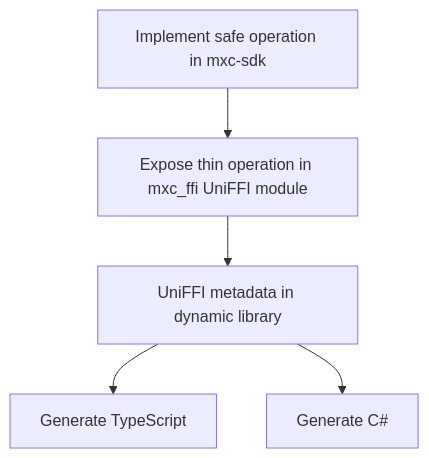
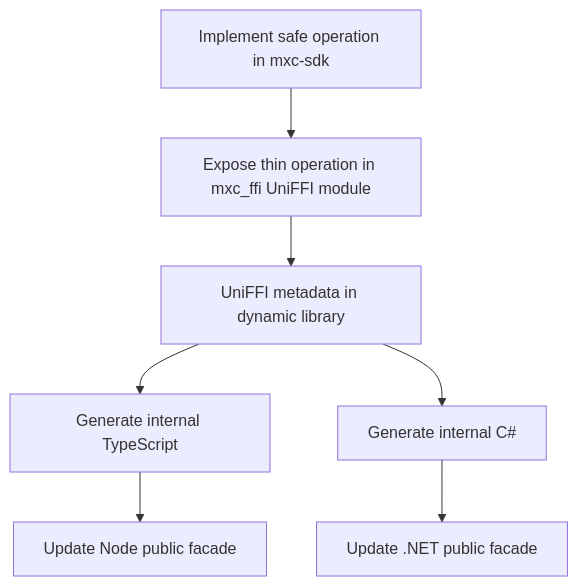
One commit to microsoft/mxc changed the second of 2 diagrams in docs/designs/SDK/README.md. Above: the diagram before and after it, drawn with Mermaid. The commit also changed other lines of this file and 2 other files, not shown here.

````diff
--- a/docs/designs/SDK/README.md
+++ b/docs/designs/SDK/README.md
@@ -52,8 +56,10 @@
 ```mermaid
 flowchart TD
     A[Implement safe operation in mxc-sdk]
     A --> B[Expose thin operation in mxc_ffi UniFFI module]
     B --> M[UniFFI metadata in dynamic library]
-    M --> N[Generate TypeScript]
-    M --> D[Generate C#]
+    M --> N[Generate internal TypeScript]
+    M --> D[Generate internal C#]
+    N --> NF[Update Node public facade]
+    D --> DF[Update .NET public facade]
 ```
````
